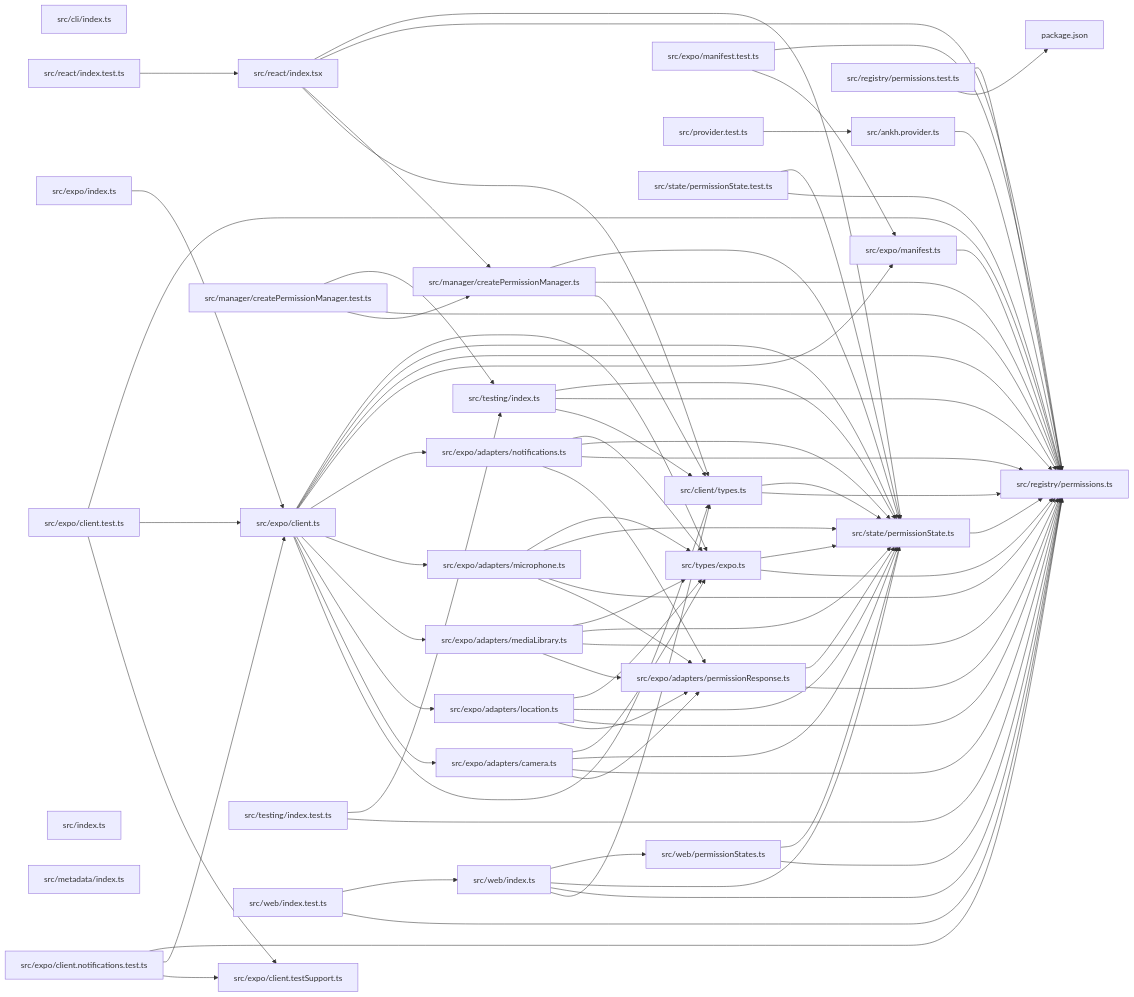
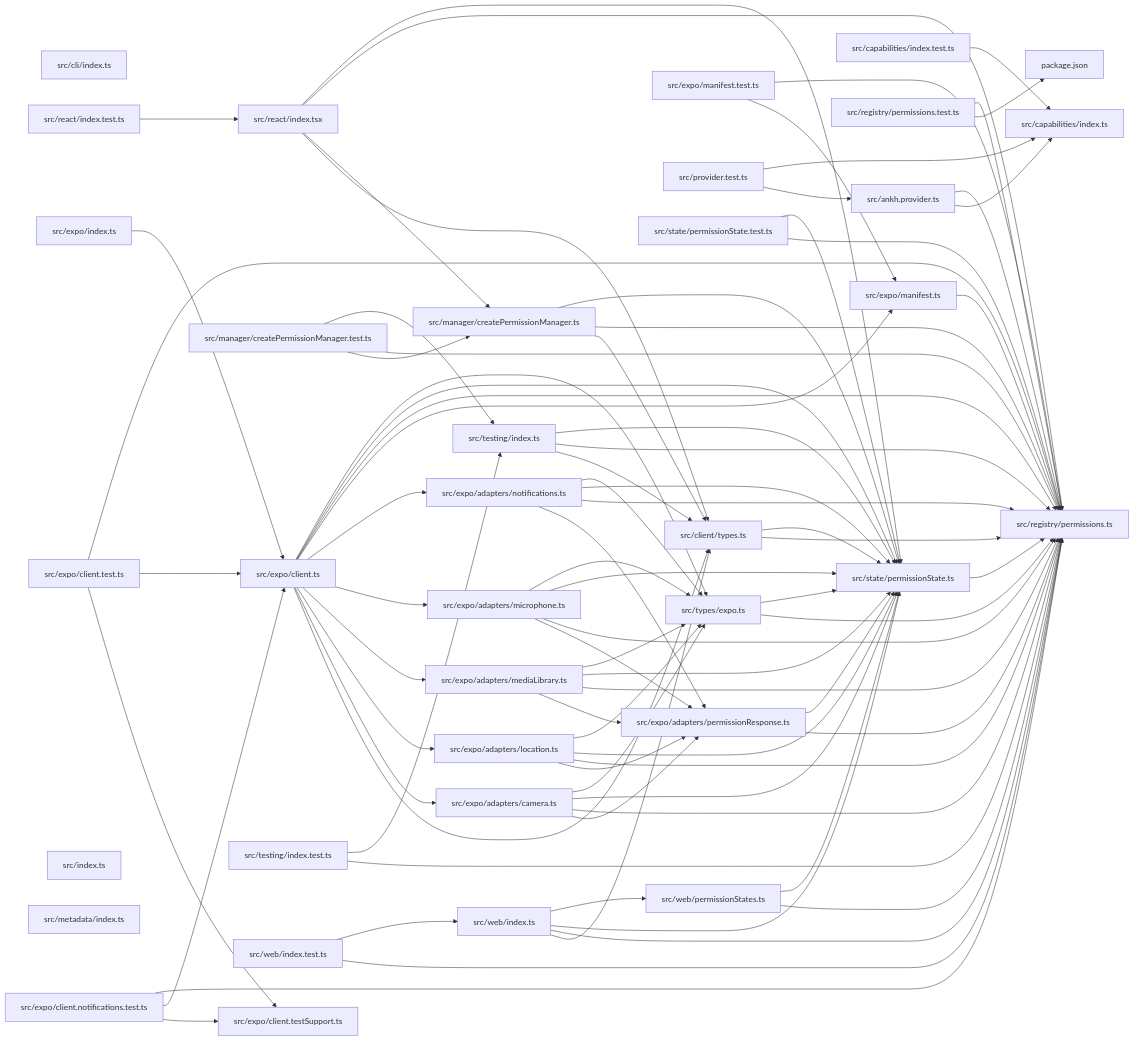
Before and after one commit to ankhorage/permissions: the diagram in paradox/diagrams/module-relationships.mmd, drawn with Mermaid. The commit also changed 11 other files, not shown here.

```diff
--- a/paradox/diagrams/module-relationships.mmd
+++ b/paradox/diagrams/module-relationships.mmd
@@ -1,112 +1,117 @@
 graph LR
   module_package_json["package.json"]
   module_src_ankh_provider_ts["src/ankh.provider.ts"]
+  module_src_capabilities_index_test_ts["src/capabilities/index.test.ts"]
+  module_src_capabilities_index_ts["src/capabilities/index.ts"]
   module_src_cli_index_ts["src/cli/index.ts"]
   module_src_client_types_ts["src/client/types.ts"]
   module_src_expo_adapters_camera_ts["src/expo/adapters/camera.ts"]
   module_src_expo_adapters_location_ts["src/expo/adapters/location.ts"]
   module_src_expo_adapters_mediaLibrary_ts["src/expo/adapters/mediaLibrary.ts"]
   module_src_expo_adapters_microphone_ts["src/expo/adapters/microphone.ts"]
   module_src_expo_adapters_notifications_ts["src/expo/adapters/notifications.ts"]
   module_src_expo_adapters_permissionResponse_ts["src/expo/adapters/permissionResponse.ts"]
   module_src_expo_client_notifications_test_ts["src/expo/client.notifications.test.ts"]
   module_src_expo_client_test_ts["src/expo/client.test.ts"]
   module_src_expo_client_testSupport_ts["src/expo/client.testSupport.ts"]
   module_src_expo_client_ts["src/expo/client.ts"]
   module_src_expo_index_ts["src/expo/index.ts"]
   module_src_expo_manifest_test_ts["src/expo/manifest.test.ts"]
   module_src_expo_manifest_ts["src/expo/manifest.ts"]
   module_src_index_ts["src/index.ts"]
   module_src_manager_createPermissionManager_test_ts["src/manager/createPermissionManager.test.ts"]
   module_src_manager_createPermissionManager_ts["src/manager/createPermissionManager.ts"]
   module_src_metadata_index_ts["src/metadata/index.ts"]
   module_src_provider_test_ts["src/provider.test.ts"]
   module_src_react_index_test_ts["src/react/index.test.ts"]
   module_src_react_index_tsx["src/react/index.tsx"]
   module_src_registry_permissions_test_ts["src/registry/permissions.test.ts"]
   module_src_registry_permissions_ts["src/registry/permissions.ts"]
   module_src_state_permissionState_test_ts["src/state/permissionState.test.ts"]
   module_src_state_permissionState_ts["src/state/permissionState.ts"]
   module_src_testing_index_test_ts["src/testing/index.test.ts"]
   module_src_testing_index_ts["src/testing/index.ts"]
   module_src_types_expo_ts["src/types/expo.ts"]
   module_src_web_index_test_ts["src/web/index.test.ts"]
   module_src_web_index_ts["src/web/index.ts"]
   module_src_web_permissionStates_ts["src/web/permissionStates.ts"]
+  module_src_ankh_provider_ts --> module_src_capabilities_index_ts
   module_src_ankh_provider_ts --> module_src_registry_permissions_ts
+  module_src_capabilities_index_test_ts --> module_src_capabilities_index_ts
   module_src_client_types_ts --> module_src_registry_permissions_ts
   module_src_client_types_ts --> module_src_state_permissionState_ts
   module_src_expo_adapters_camera_ts --> module_src_expo_adapters_permissionResponse_ts
   module_src_expo_adapters_camera_ts --> module_src_registry_permissions_ts
   module_src_expo_adapters_camera_ts --> module_src_state_permissionState_ts
   module_src_expo_adapters_camera_ts --> module_src_types_expo_ts
   module_src_expo_adapters_location_ts --> module_src_expo_adapters_permissionResponse_ts
   module_src_expo_adapters_location_ts --> module_src_registry_permissions_ts
   module_src_expo_adapters_location_ts --> module_src_state_permissionState_ts
   module_src_expo_adapters_location_ts --> module_src_types_expo_ts
   module_src_expo_adapters_mediaLibrary_ts --> module_src_expo_adapters_permissionResponse_ts
   module_src_expo_adapters_mediaLibrary_ts --> module_src_registry_permissions_ts
   module_src_expo_adapters_mediaLibrary_ts --> module_src_state_permissionState_ts
   module_src_expo_adapters_mediaLibrary_ts --> module_src_types_expo_ts
   module_src_expo_adapters_microphone_ts --> module_src_expo_adapters_permissionResponse_ts
   module_src_expo_adapters_microphone_ts --> module_src_registry_permissions_ts
   module_src_expo_adapters_microphone_ts --> module_src_state_permissionState_ts
   module_src_expo_adapters_microphone_ts --> module_src_types_expo_ts
   module_src_expo_adapters_notifications_ts --> module_src_expo_adapters_permissionResponse_ts
   module_src_expo_adapters_notifications_ts --> module_src_registry_permissions_ts
   module_src_expo_adapters_notifications_ts --> module_src_state_permissionState_ts
   module_src_expo_adapters_notifications_ts --> module_src_types_expo_ts
   module_src_expo_adapters_permissionResponse_ts --> module_src_registry_permissions_ts
   module_src_expo_adapters_permissionResponse_ts --> module_src_state_permissionState_ts
   module_src_expo_client_notifications_test_ts --> module_src_expo_client_testSupport_ts
   module_src_expo_client_notifications_test_ts --> module_src_expo_client_ts
   module_src_expo_client_notifications_test_ts --> module_src_registry_permissions_ts
   module_src_expo_client_test_ts --> module_src_expo_client_testSupport_ts
   module_src_expo_client_test_ts --> module_src_expo_client_ts
   module_src_expo_client_test_ts --> module_src_registry_permissions_ts
   module_src_expo_client_ts --> module_src_client_types_ts
   module_src_expo_client_ts --> module_src_expo_adapters_camera_ts
   module_src_expo_client_ts --> module_src_expo_adapters_location_ts
   module_src_expo_client_ts --> module_src_expo_adapters_mediaLibrary_ts
   module_src_expo_client_ts --> module_src_expo_adapters_microphone_ts
   module_src_expo_client_ts --> module_src_expo_adapters_notifications_ts
   module_src_expo_client_ts --> module_src_expo_manifest_ts
   module_src_expo_client_ts --> module_src_registry_permissions_ts
   module_src_expo_client_ts --> module_src_state_permissionState_ts
   module_src_expo_client_ts --> module_src_types_expo_ts
   module_src_expo_index_ts --> module_src_expo_client_ts
   module_src_expo_manifest_test_ts --> module_src_expo_manifest_ts
   module_src_expo_manifest_test_ts --> module_src_registry_permissions_ts
   module_src_expo_manifest_ts --> module_src_registry_permissions_ts
   module_src_manager_createPermissionManager_test_ts --> module_src_manager_createPermissionManager_ts
   module_src_manager_createPermissionManager_test_ts --> module_src_registry_permissions_ts
   module_src_manager_createPermissionManager_test_ts --> module_src_testing_index_ts
   module_src_manager_createPermissionManager_ts --> module_src_client_types_ts
   module_src_manager_createPermissionManager_ts --> module_src_registry_permissions_ts
   module_src_manager_createPermissionManager_ts --> module_src_state_permissionState_ts
   module_src_provider_test_ts --> module_src_ankh_provider_ts
+  module_src_provider_test_ts --> module_src_capabilities_index_ts
   module_src_react_index_test_ts --> module_src_react_index_tsx
   module_src_react_index_tsx --> module_src_client_types_ts
   module_src_react_index_tsx --> module_src_manager_createPermissionManager_ts
   module_src_react_index_tsx --> module_src_registry_permissions_ts
   module_src_react_index_tsx --> module_src_state_permissionState_ts
   module_src_registry_permissions_test_ts --> module_package_json
   module_src_registry_permissions_test_ts --> module_src_registry_permissions_ts
   module_src_state_permissionState_test_ts --> module_src_registry_permissions_ts
   module_src_state_permissionState_test_ts --> module_src_state_permissionState_ts
   module_src_state_permissionState_ts --> module_src_registry_permissions_ts
   module_src_testing_index_test_ts --> module_src_registry_permissions_ts
   module_src_testing_index_test_ts --> module_src_testing_index_ts
   module_src_testing_index_ts --> module_src_client_types_ts
   module_src_testing_index_ts --> module_src_registry_permissions_ts
   module_src_testing_index_ts --> module_src_state_permissionState_ts
   module_src_types_expo_ts --> module_src_registry_permissions_ts
   module_src_types_expo_ts --> module_src_state_permissionState_ts
   module_src_web_index_test_ts --> module_src_registry_permissions_ts
   module_src_web_index_test_ts --> module_src_web_index_ts
   module_src_web_index_ts --> module_src_client_types_ts
   module_src_web_index_ts --> module_src_registry_permissions_ts
   module_src_web_index_ts --> module_src_state_permissionState_ts
   module_src_web_index_ts --> module_src_web_permissionStates_ts
   module_src_web_permissionStates_ts --> module_src_registry_permissions_ts
   module_src_web_permissionStates_ts --> module_src_state_permissionState_ts
```
